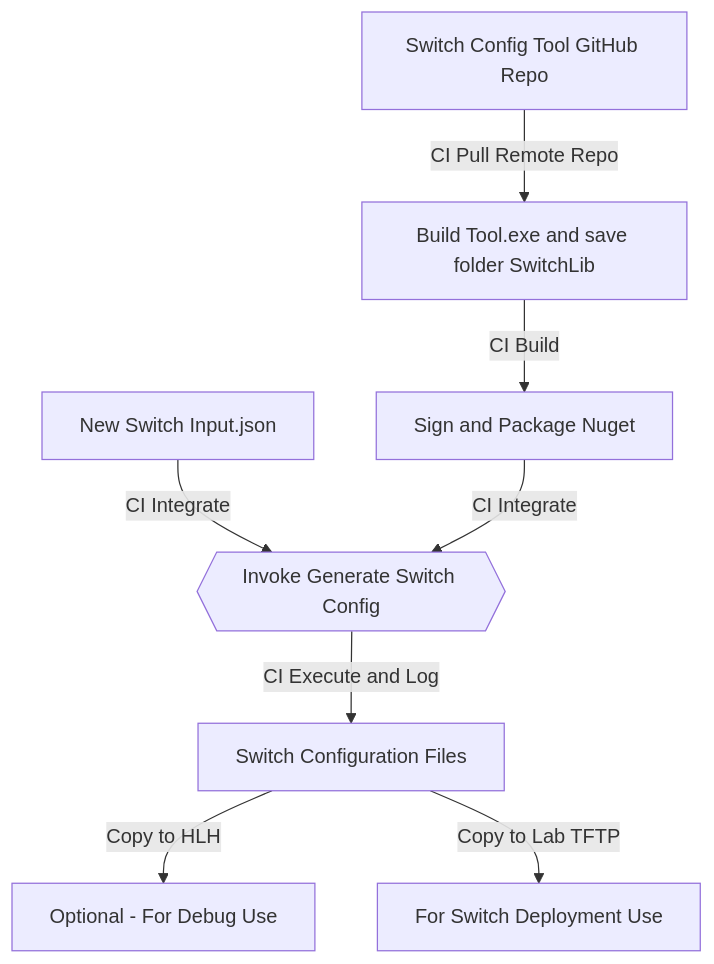
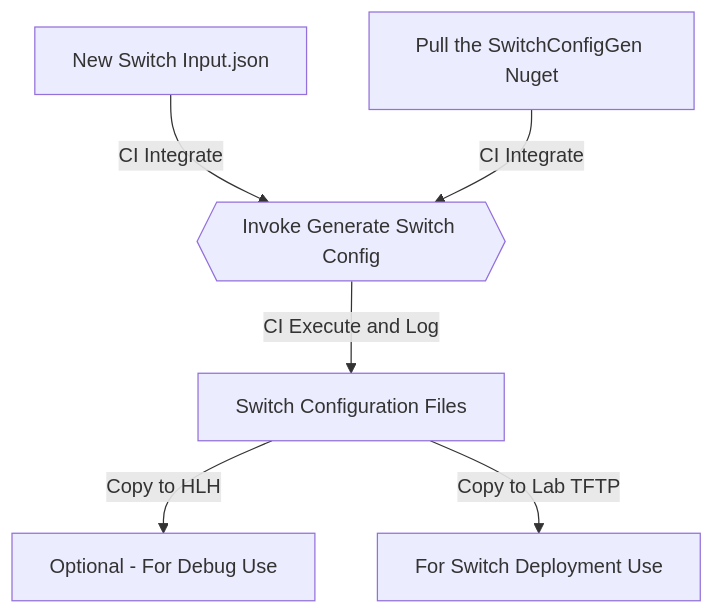
The second of 2 diagrams in docs/CI.md (microsoft/AzureStack_Network_Switch_Config_Generator), drawn with Mermaid before and after one commit. The commit also changed other lines of this file, not shown here.

Commit message:
Update CI flow

````diff
--- a/docs/CI.md
+++ b/docs/CI.md
@@ -5,10 +18,8 @@
 ```mermaid
 flowchart TD
     A[New Switch Input.json] --> |CI Integrate| B{{Invoke Generate Switch Config}}
-    C[Switch Config Tool GitHub Repo] --> |CI Pull Remote Repo| D[Build Tool.exe and save folder SwitchLib]
-    D --> |CI Build| E[Sign and Package Nuget]
-    E --> |CI Integrate| B
+    E[Pull the SwitchConfigGen Nuget] --> |CI Integrate| B
     B --> |CI Execute and Log| F[Switch Configuration Files]
     F --> |Copy to HLH| G[Optional - For Debug Use]
     F --> |Copy to Lab TFTP| H[For Switch Deployment Use]
 ```
````
